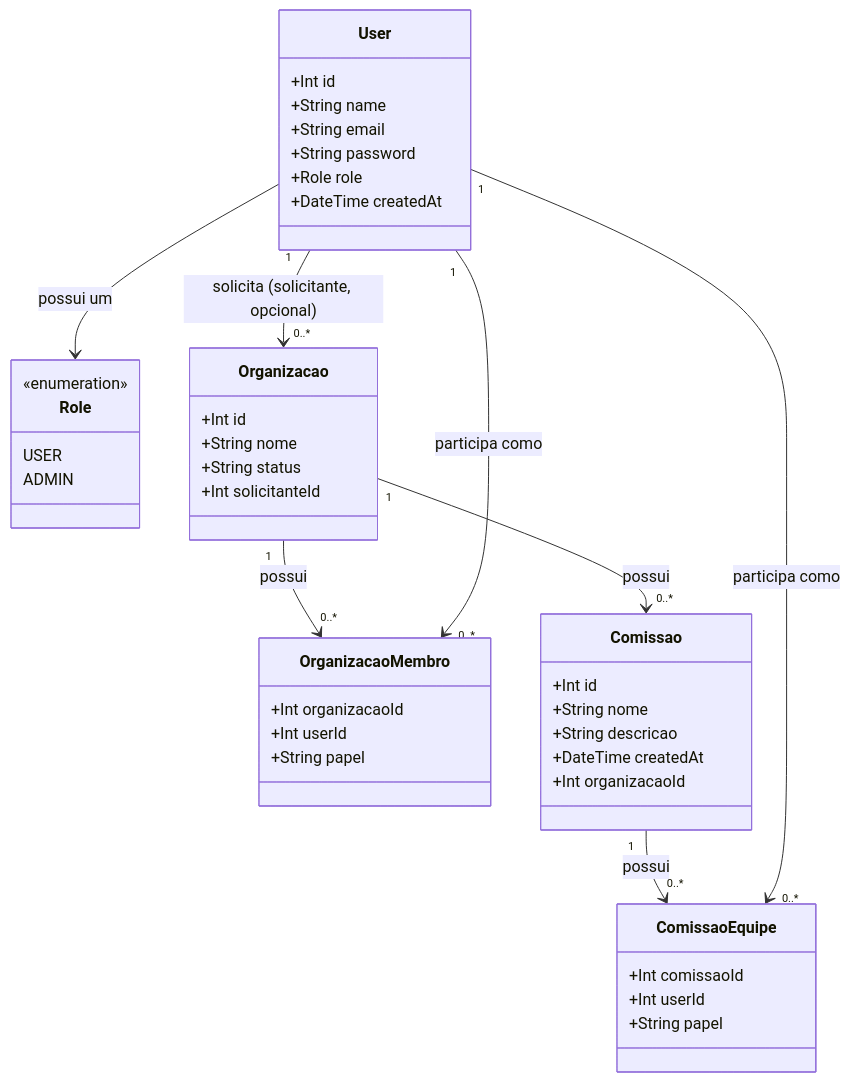
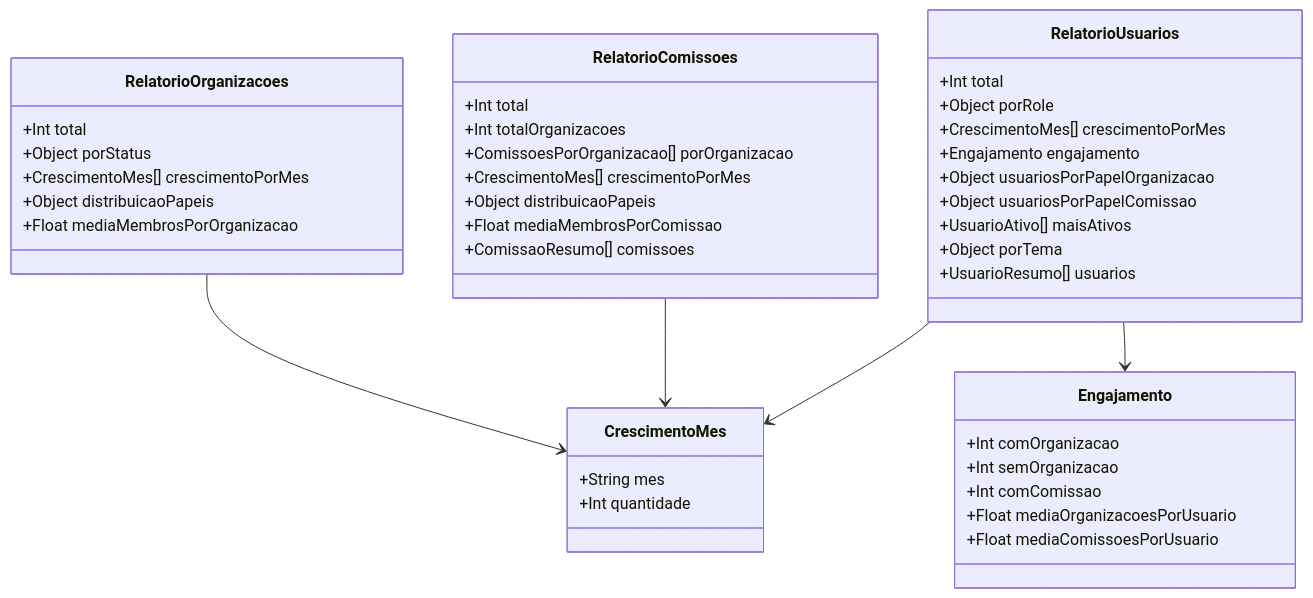
Before and after one commit to MiguelIFSP/BRTPDS2-PROJETO-E-DESENVOLVIMENTO-DE-SISTEMAS-2: the fourth of 6 diagrams in documentos/entrega2_Di1/dicionario_de_dados.md, drawn with Mermaid. The commit also changed other lines of this file and 1 other file, not shown here.

````diff
--- a/documentos/entrega2_Di1/dicionario_de_dados.md
+++ b/documentos/entrega2_Di1/dicionario_de_dados.md
@@ -167,52 +196,50 @@
 ```mermaid
 classDiagram
-    class Role {
-        <<enumeration>>
-        USER
-        ADMIN
+    class RelatorioOrganizacoes {
+        +Int total
+        +Object porStatus
+        +CrescimentoMes[] crescimentoPorMes
+        +Object distribuicaoPapeis
+        +Float mediaMembrosPorOrganizacao
     }
 
-    class User {
-        +Int id
-        +String name
-        +String email
-        +String password
-        +Role role
-        +DateTime createdAt
+    class RelatorioComissoes {
+        +Int total
+        +Int totalOrganizacoes
+        +ComissoesPorOrganizacao[] porOrganizacao
+        +CrescimentoMes[] crescimentoPorMes
+        +Object distribuicaoPapeis
+        +Float mediaMembrosPorComissao
+        +ComissaoResumo[] comissoes
     }
 
-    class Organizacao {
-        +Int id
-        +String nome
-        +String status
-        +Int solicitanteId
+    class RelatorioUsuarios {
+        +Int total
+        +Object porRole
+        +CrescimentoMes[] crescimentoPorMes
+        +Engajamento engajamento
+        +Object usuariosPorPapelOrganizacao
+        +Object usuariosPorPapelComissao
+        +UsuarioAtivo[] maisAtivos
+        +Object porTema
+        +UsuarioResumo[] usuarios
     }
 
-    class OrganizacaoMembro {
-        +Int organizacaoId
-        +Int userId
-        +String papel
+    class CrescimentoMes {
+        +String mes
+        +Int quantidade
     }
 
-    class Comissao {
-        +Int id
-        +String nome
-        +String descricao
-        +DateTime createdAt
-        +Int organizacaoId
+    class Engajamento {
+        +Int comOrganizacao
+        +Int semOrganizacao
+        +Int comComissao
+        +Float mediaOrganizacoesPorUsuario
+        +Float mediaComissoesPorUsuario
     }
 
-    class ComissaoEquipe {
-        +Int comissaoId
-        +Int userId
-        +String papel
-    }
-
-    User "1" --> "0..*" Organizacao : solicita (solicitante, opcional)
-    Organizacao "1" --> "0..*" OrganizacaoMembro : possui
-    User "1" --> "0..*" OrganizacaoMembro : participa como
-    Organizacao "1" --> "0..*" Comissao : possui
-    Comissao "1" --> "0..*" ComissaoEquipe : possui
-    User "1" --> "0..*" ComissaoEquipe : participa como
-    User --> Role : possui um
+    RelatorioOrganizacoes --> CrescimentoMes
+    RelatorioComissoes --> CrescimentoMes
+    RelatorioUsuarios --> CrescimentoMes
+    RelatorioUsuarios --> Engajamento
 ```
````
